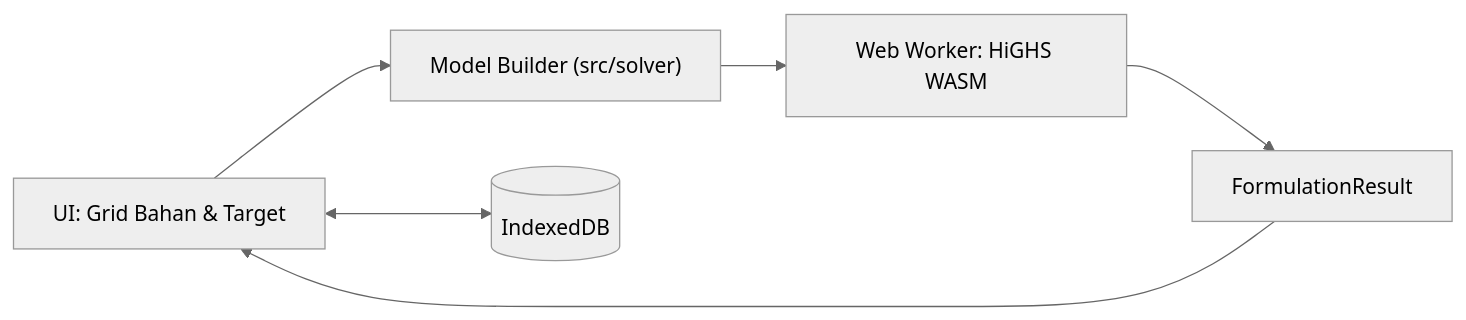
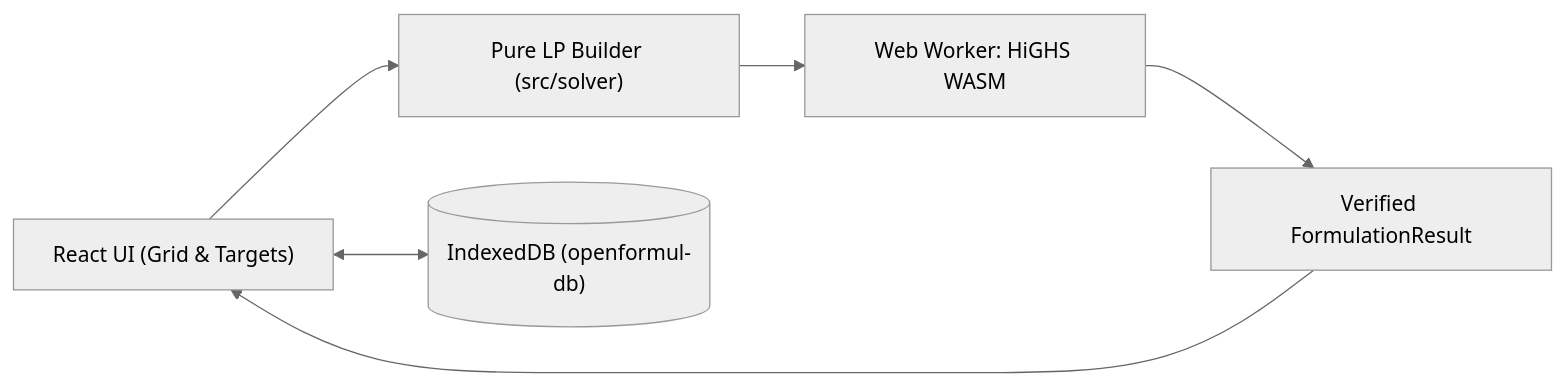
One commit to Widyatama-Pro/Open-Formul changed the diagram in README.md. Above: the diagram before and after it, drawn with Mermaid (neutral theme). The commit also changed other lines of this file and 62 other files, not shown here.

````diff
--- a/README.md
+++ b/README.md
@@ -44,8 +59,8 @@
 ```mermaid
 flowchart LR
-  UI["UI: Grid Bahan & Target"] --> B["Model Builder (src/solver)"]
-  B --> W["Web Worker: HiGHS WASM"]
-  W --> R["FormulationResult"]
-  R --> UI
-  UI <--> DB[("IndexedDB")]
+  UI["React UI (Grid & Targets)"] --> Builder["Pure LP Builder (src/solver)"]
+  Builder --> Worker["Web Worker: HiGHS WASM"]
+  Worker --> Result["Verified FormulationResult"]
+  Result --> UI
+  UI <--> IDB[("IndexedDB (openformul-db)")]
 ```
````
